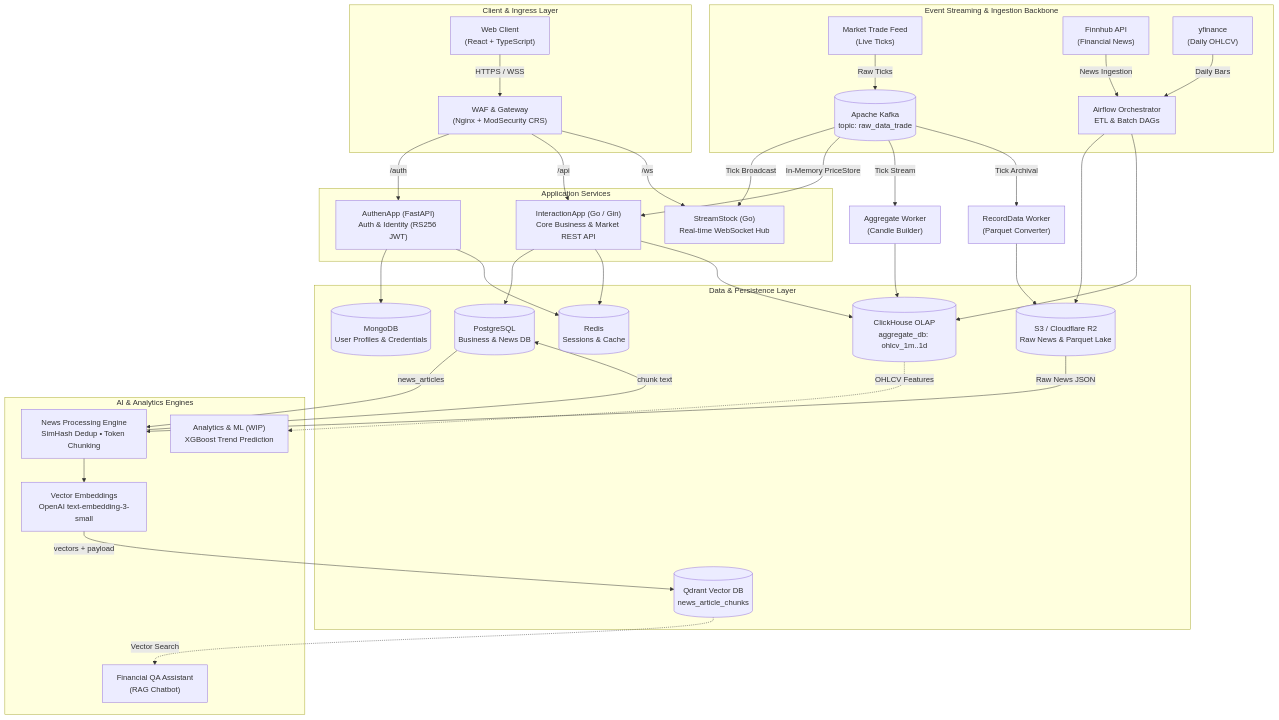
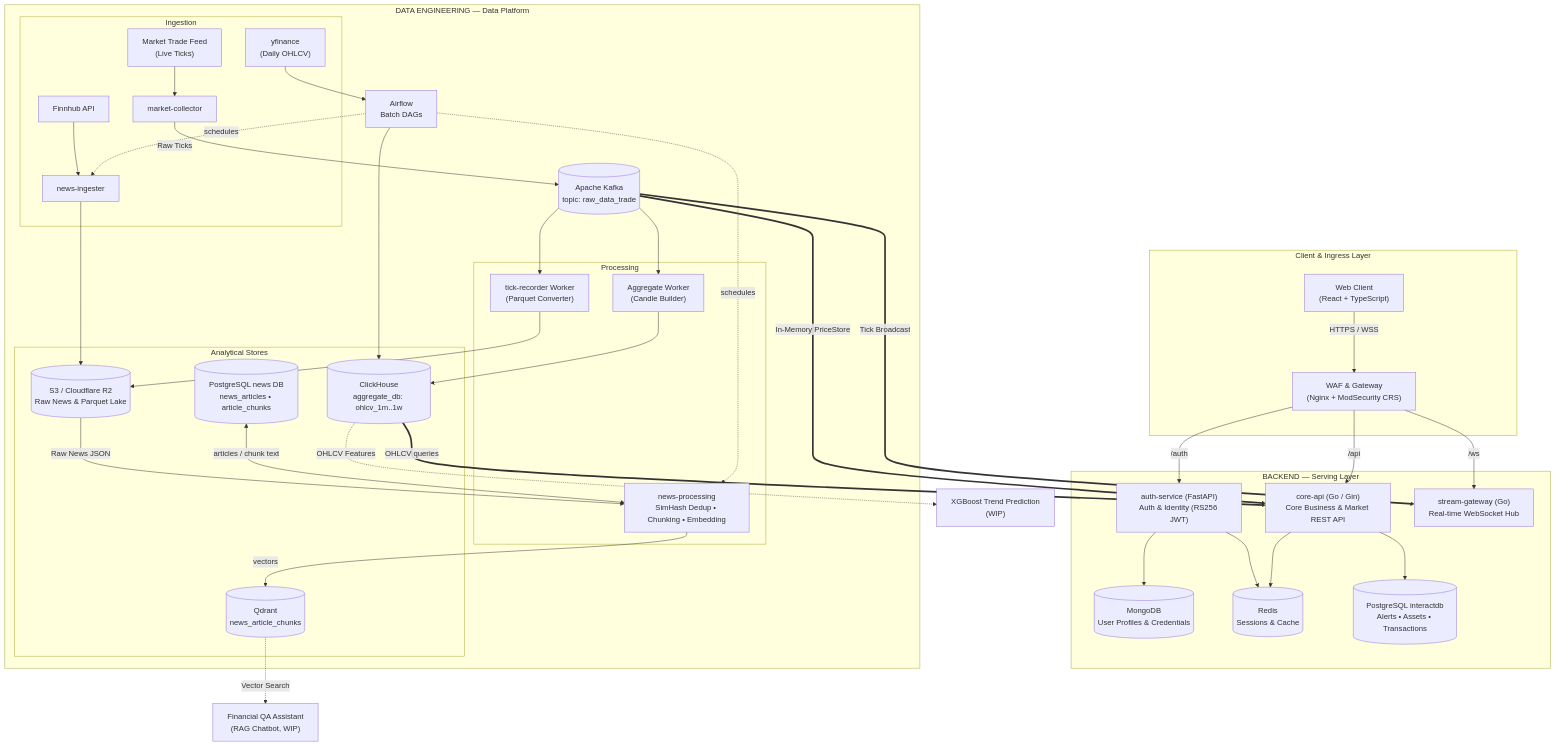
The second of 5 diagrams in README.md (kasync-lang/Kstock), drawn with Mermaid before and after one commit. The commit also changed other lines of this file and 429 other files, not shown here.

First line of the commit message:
refactor: reorganize monorepo into backend/data/frontend/platform

````diff
--- a/README.md
+++ b/README.md
@@ -26,75 +82,74 @@
 ```mermaid
 flowchart TD
     %% Ingress & Client
     subgraph ClientGateway["Client & Ingress Layer"]
         FE["Web Client\n(React + TypeScript)"]
         WAF["WAF & Gateway\n(Nginx + ModSecurity CRS)"]
         FE -->|HTTPS / WSS| WAF
     end
 
-    %% Core Application Services
-    subgraph CoreServices["Application Services"]
-        AUTH["AuthenApp (FastAPI)\nAuth & Identity (RS256 JWT)"]
-        API["InteractionApp (Go / Gin)\nCore Business & Market REST API"]
-        WS["StreamStock (Go)\nReal-time WebSocket Hub"]
+    %% ===== Backend domain =====
+    subgraph Backend["BACKEND — Serving Layer"]
+        AUTH["auth-service (FastAPI)\nAuth & Identity (RS256 JWT)"]
+        API["core-api (Go / Gin)\nCore Business & Market REST API"]
+        WS["stream-gateway (Go)\nReal-time WebSocket Hub"]
+        MONGO[("MongoDB\nUser Profiles & Credentials")]
+        REDIS[("Redis\nSessions & Cache")]
+        PG[("PostgreSQL interactdb\nAlerts • Assets • Transactions")]
+        AUTH --> MONGO
+        AUTH --> REDIS
+        API --> PG
+        API --> REDIS
     end
 
     WAF -->|/auth| AUTH
     WAF -->|/api| API
     WAF -->|/ws| WS
 
-    %% Ingestion & Streaming Backbone
-    subgraph MessagingIngest["Event Streaming & Ingestion Backbone"]
-        FEED["Market Trade Feed\n(Live Ticks)"]
-        FINN["Finnhub API\n(Financial News)"]
-        YF["yfinance\n(Daily OHLCV)"]
+    %% ===== Data Engineering domain =====
+    subgraph DataPlatform["DATA ENGINEERING — Data Platform"]
+        subgraph Ingest["Ingestion"]
+            FEED["Market Trade Feed\n(Live Ticks)"]
+            COL["market-collector"]
+            FINN["Finnhub API"]
+            NI["news-ingester"]
+            YF["yfinance\n(Daily OHLCV)"]
+        end
+
         KAFKA[("Apache Kafka\ntopic: raw_data_trade")]
-        AIRFLOW["Airflow Orchestrator\nETL & Batch DAGs"]
-        
-        FEED -->|Raw Ticks| KAFKA
-        FINN -->|News Ingestion| AIRFLOW
-        YF -->|Daily Bars| AIRFLOW
+
+        subgraph Process["Processing"]
+            AGG["Aggregate Worker\n(Candle Builder)"]
+            REC["tick-recorder Worker\n(Parquet Converter)"]
+            PROC["news-processing\nSimHash Dedup • Chunking • Embedding"]
+        end
+
+        AIRFLOW["Airflow\nBatch DAGs"]
+
+        subgraph Stores["Analytical Stores"]
+            CLICKHOUSE[("ClickHouse\naggregate_db: ohlcv_1m..1w")]
+            S3[("S3 / Cloudflare R2\nRaw News & Parquet Lake")]
+            QDRANT[("Qdrant\nnews_article_chunks")]
+            PGNEWS[("PostgreSQL news DB\nnews_articles • article_chunks")]
+        end
+
+        FEED --> COL -->|Raw Ticks| KAFKA
+        KAFKA --> AGG --> CLICKHOUSE
+        KAFKA --> REC --> S3
+        FINN --> NI --> S3
+        YF --> AIRFLOW --> CLICKHOUSE
+        AIRFLOW -.->|schedules| NI
+        AIRFLOW -.->|schedules| PROC
+        S3 -->|Raw News JSON| PROC -->|vectors| QDRANT
+        PGNEWS <-->|articles / chunk text| PROC
     end
 
-    %% Realtime Consumers
-    KAFKA -->|Tick Broadcast| WS
-    KAFKA -->|In-Memory PriceStore| API
-    KAFKA -->|Tick Stream| AGG["Aggregate Worker\n(Candle Builder)"]
-    KAFKA -->|Tick Archival| REC["RecordData Worker\n(Parquet Converter)"]
+    %% ===== Contract: Backend reads Data Platform outputs =====
+    KAFKA ==>|Tick Broadcast| WS
+    KAFKA ==>|In-Memory PriceStore| API
+    CLICKHOUSE ==>|OHLCV queries| API
 
-    %% Persistence Layer
-    subgraph StorageLayer["Data & Persistence Layer"]
-        CLICKHOUSE[("ClickHouse OLAP\naggregate_db: ohlcv_1m..1d")]
-        PG[("PostgreSQL\nBusiness & News DB")]
-        MONGO[("MongoDB\nUser Profiles & Credentials")]
-        REDIS[("Redis\nSessions & Cache")]
-        S3[("S3 / Cloudflare R2\nRaw News & Parquet Lake")]
-        QDRANT[("Qdrant Vector DB\nnews_article_chunks")]
-    end
-
-    AUTH --> MONGO
-    AUTH --> REDIS
-    API --> PG
-    API --> REDIS
-    API --> CLICKHOUSE
-    AGG --> CLICKHOUSE
-    REC --> S3
-    AIRFLOW --> S3
-    AIRFLOW --> CLICKHOUSE
-
-    %% AI & Analytics Layer
-    subgraph AILayer["AI & Analytics Engines"]
-        PROC["News Processing Engine\nSimHash Dedup • Token Chunking"]
-        EMBED["Vector Embeddings\nOpenAI text-embedding-3-small"]
-        CHAT["Financial QA Assistant\n(RAG Chatbot)"]
-        ML["Analytics & ML (WIP)\nXGBoost Trend Prediction"]
-
-        S3 -->|Raw News JSON| PROC
-        PG -->|news_articles| PROC
-        PROC -->|chunk text| PG
-        PROC --> EMBED
-        EMBED -->|vectors + payload| QDRANT
-        QDRANT -.->|Vector Search| CHAT
-        CLICKHOUSE -.->|OHLCV Features| ML
-    end
+    %% AI consumers (WIP)
+    QDRANT -.->|Vector Search| CHAT["Financial QA Assistant\n(RAG Chatbot, WIP)"]
+    CLICKHOUSE -.->|OHLCV Features| ML["XGBoost Trend Prediction\n(WIP)"]
 ```
````
